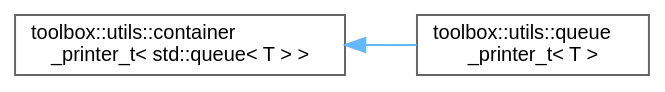
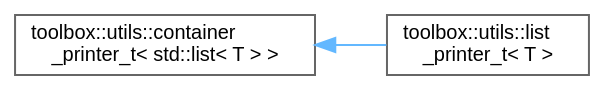
Before and after one commit to nerdneilsfield/cpp-toolbox: the diagram in inherit_graph_75.dot, drawn with Graphviz. The commit also changed 158 other files, not shown here.

```diff
--- a/inherit_graph_75.dot
+++ b/inherit_graph_75.dot
@@ -1,11 +1,11 @@
 digraph "Graphical Class Hierarchy"
 {
  // LATEX_PDF_SIZE
   bgcolor="transparent";
   edge [fontname=Helvetica,fontsize=10,labelfontname=Helvetica,labelfontsize=10];
   node [fontname=Helvetica,fontsize=10,shape=box,height=0.2,width=0.4];
   rankdir="LR";
-  Node0 [id="Node000000",label="toolbox::utils::container\l_printer_t\< std::queue\< T \> \>",height=0.2,width=0.4,color="grey40", fillcolor="white", style="filled",URL="$classtoolbox_1_1utils_1_1container__printer__t.html",tooltip=" "];
-  Node0 -> Node1 [id="edge48_Node000000_Node000001",dir="back",color="steelblue1",style="solid",tooltip=" "];
-  Node1 [id="Node000001",label="toolbox::utils::queue\l_printer_t\< T \>",height=0.2,width=0.4,color="grey40", fillcolor="white", style="filled",URL="$classtoolbox_1_1utils_1_1queue__printer__t.html",tooltip="队列打印器/Queue printer"];
+  Node0 [id="Node000000",label="toolbox::utils::container\l_printer_t\< std::list\< T \> \>",height=0.2,width=0.4,color="grey40", fillcolor="white", style="filled",URL="$classtoolbox_1_1utils_1_1container__printer__t.html",tooltip=" "];
+  Node0 -> Node1 [id="edge46_Node000000_Node000001",dir="back",color="steelblue1",style="solid",tooltip=" "];
+  Node1 [id="Node000001",label="toolbox::utils::list\l_printer_t\< T \>",height=0.2,width=0.4,color="grey40", fillcolor="white", style="filled",URL="$classtoolbox_1_1utils_1_1list__printer__t.html",tooltip="List 打印器/List printer."];
 }
```
